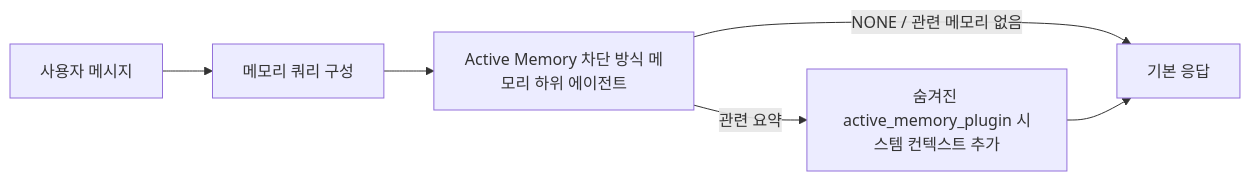
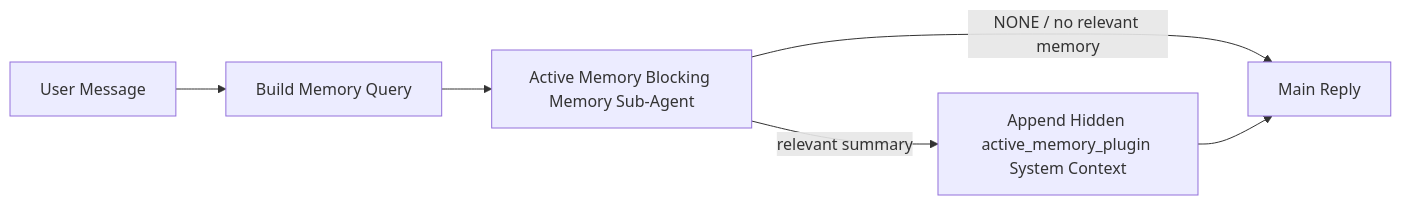
Before and after one commit to openclaw/docs: the diagram in docs/ko/concepts/active-memory.md, drawn with Mermaid. The commit also changed other lines of this file and 11240 other files, not shown here.

````diff
--- a/docs/ko/concepts/active-memory.md
+++ b/docs/ko/concepts/active-memory.md
@@ -84,8 +74,8 @@
 ```mermaid
 flowchart LR
-  U["사용자 메시지"] --> Q["메모리 쿼리 구성"]
-  Q --> R["Active Memory 차단 방식 메모리 하위 에이전트"]
-  R -->|NONE / 관련 메모리 없음| M["기본 응답"]
-  R -->|관련 요약| I["숨겨진 active_memory_plugin 시스템 컨텍스트 추가"]
-  I --> M["기본 응답"]
+  U["User Message"] --> Q["Build Memory Query"]
+  Q --> R["Active Memory Blocking Memory Sub-Agent"]
+  R -->|NONE / no relevant memory| M["Main Reply"]
+  R -->|relevant summary| I["Append Hidden active_memory_plugin System Context"]
+  I --> M["Main Reply"]
 ```
````
